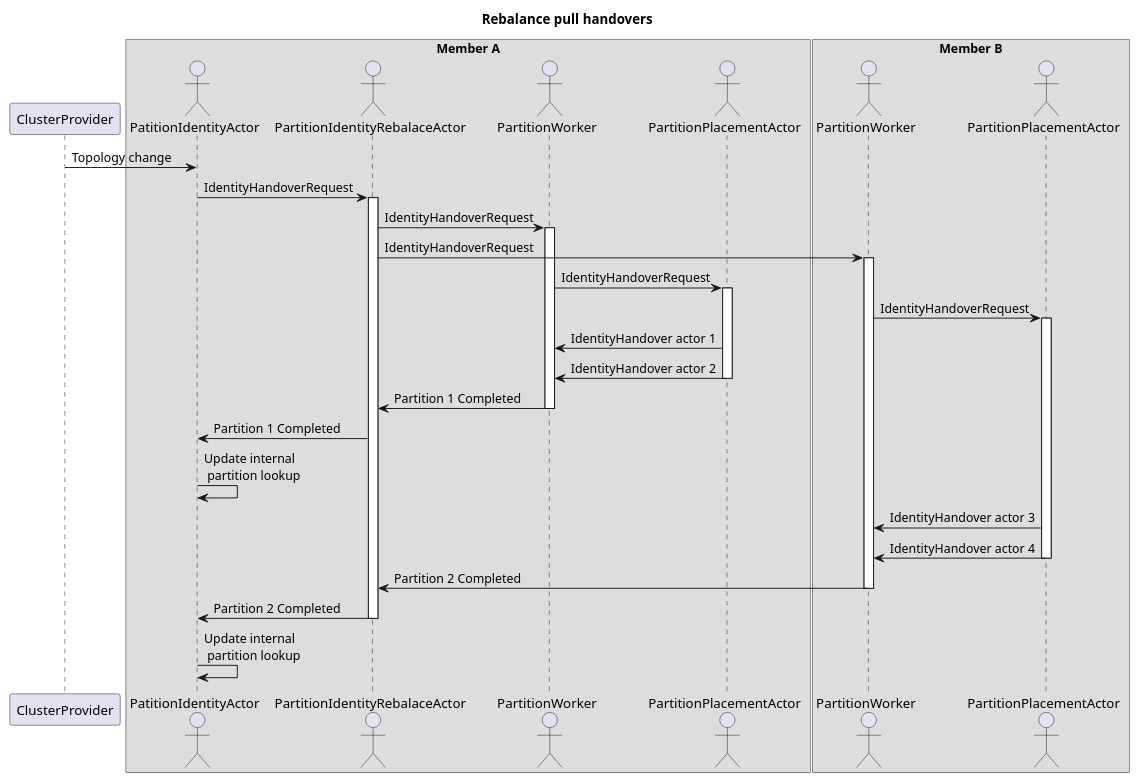
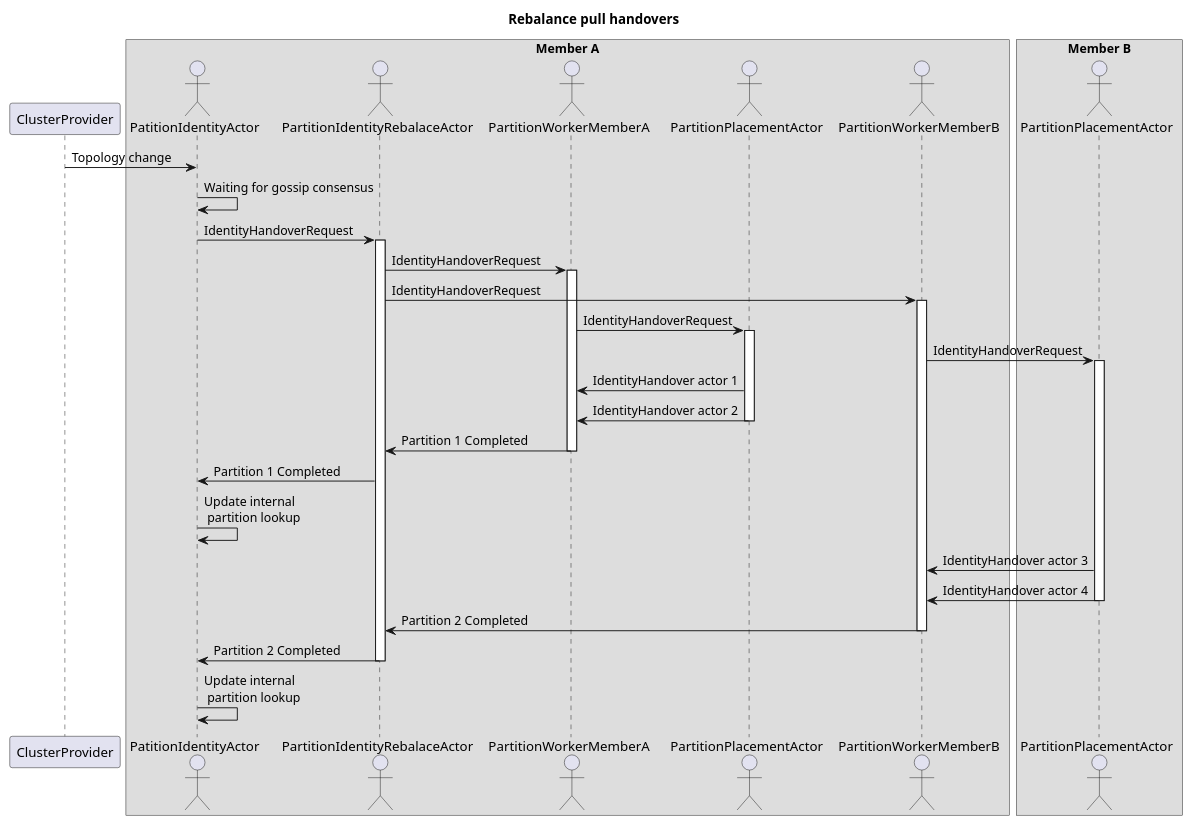
Before and after one commit to asynkron/protoactor-website: the diagram in hugo/content/docs/cluster/images/partition-idenity-lookup-pull-rebalance.plantuml, drawn with PlantUML. The commit also changed 2 other files, not shown here.

```diff
--- a/hugo/content/docs/cluster/images/partition-idenity-lookup-pull-rebalance.plantuml
+++ b/hugo/content/docs/cluster/images/partition-idenity-lookup-pull-rebalance.plantuml
@@ -1,48 +1,50 @@
 @startuml rebalance-pull-handovers
 
 title "Rebalance pull handovers"
 
 participant ClusterProvider as clusterProvider
 
 box "Member A"
 actor PatitionIdentityActor as identityActor1
 actor PartitionIdentityRebalaceActor as rebalanceActor1
-actor PartitionWorker as partitionWorker1
+actor PartitionWorkerMemberA as partitionWorker1
 actor PartitionPlacementActor as placementActor1
+actor PartitionWorkerMemberB as partitionWorker2
+
 end box
 
 box "Member B"
-actor PartitionWorker as partitionWorker2
 actor PartitionPlacementActor as placementActor2
 end box
 
 clusterProvider -> identityActor1 : Topology change
+identityActor1 -> identityActor1 : Waiting for gossip consensus
 identityActor1 -> rebalanceActor1 : IdentityHandoverRequest
 activate rebalanceActor1
 rebalanceActor1 -> partitionWorker1 : IdentityHandoverRequest
 activate partitionWorker1
 rebalanceActor1 -> partitionWorker2 : IdentityHandoverRequest
 activate partitionWorker2
 partitionWorker1 -> placementActor1 : IdentityHandoverRequest
 activate placementActor1
 partitionWorker2 -> placementActor2 : IdentityHandoverRequest
 activate placementActor2
 placementActor1 -> partitionWorker1 : IdentityHandover actor 1
 placementActor1 -> partitionWorker1 : IdentityHandover actor 2
 deactivate placementActor1
 partitionWorker1 -> rebalanceActor1 : Partition 1 Completed
 deactivate partitionWorker1
 rebalanceActor1 -> identityActor1 : Partition 1 Completed
 identityActor1 -> identityActor1 : Update internal\n partition lookup 
 placementActor2 -> partitionWorker2 : IdentityHandover actor 3
 placementActor2 -> partitionWorker2 : IdentityHandover actor 4
 deactivate placementActor2
 partitionWorker2 -> rebalanceActor1 : Partition 2 Completed
 deactivate partitionWorker2
 rebalanceActor1 -> identityActor1 : Partition 2 Completed
 deactivate rebalanceActor1
 identityActor1 -> identityActor1 : Update internal\n partition lookup 
 deactivate partitionWorker2
 
 
 @enduml
```
